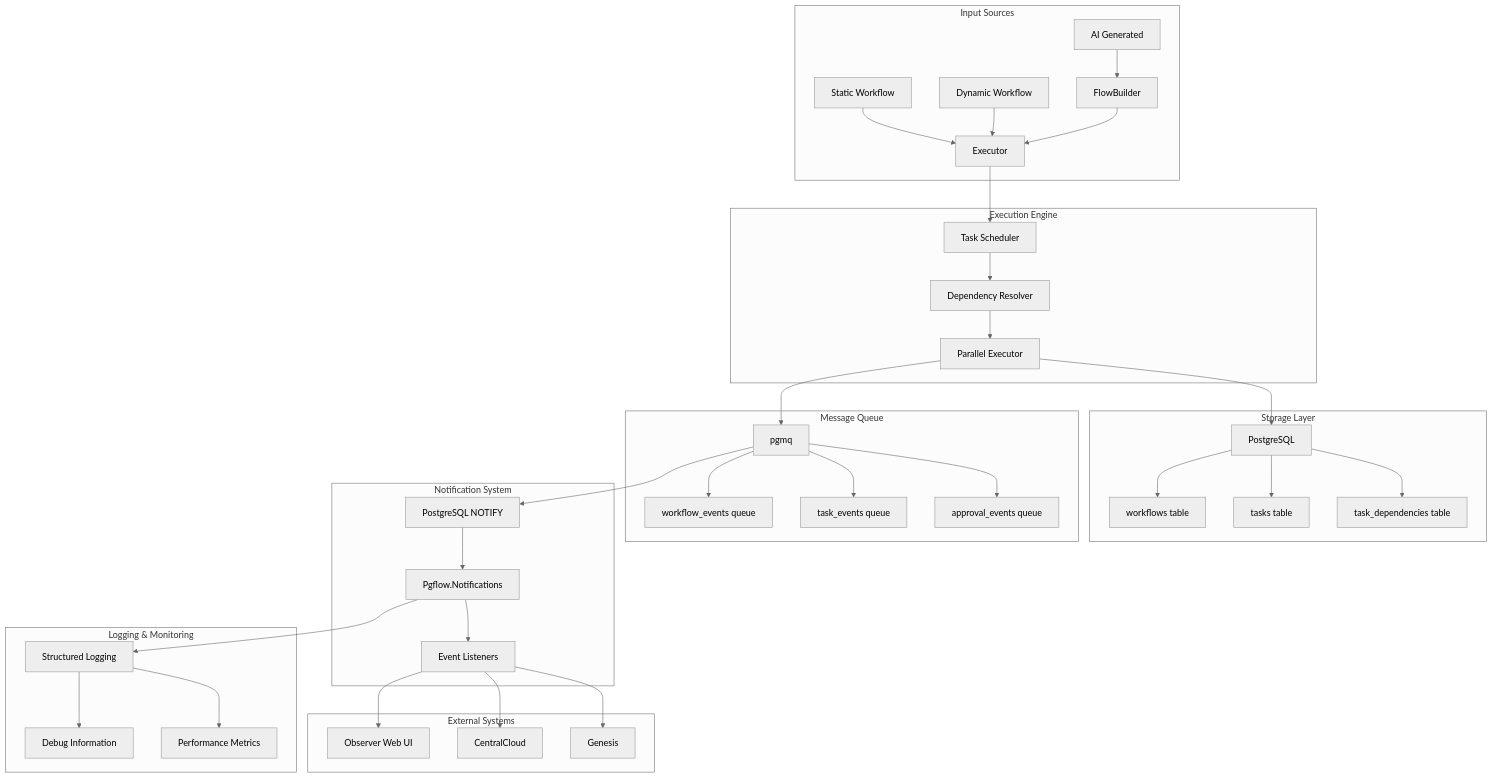
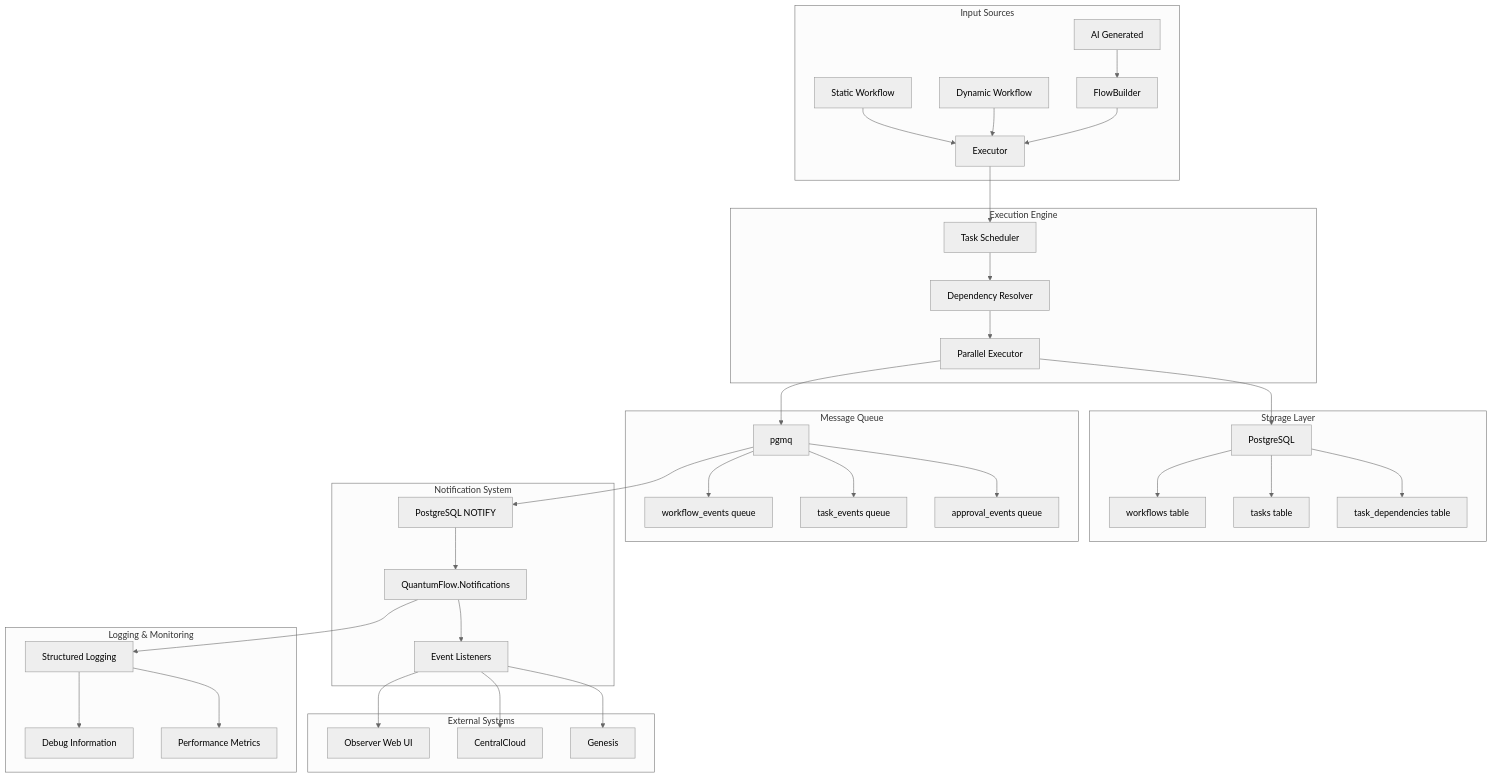
The seventh of 15 diagrams in docs/architecture_diagrams.md (Singularity-ng/singularity-workflows), drawn with Mermaid (neutral theme) before and after one commit. The commit also changed other lines of this file and 410 other files, not shown here.

First line of the commit message:
Rename ex_pgflow package to ex_quantum_flow

````diff
--- a/docs/architecture_diagrams.md
+++ b/docs/architecture_diagrams.md
@@ -161,47 +161,47 @@
 ```mermaid
 flowchart TB
     subgraph "Input Sources"
         A[Static Workflow] --> C[Executor]
         B[Dynamic Workflow] --> C
         D[AI Generated] --> E[FlowBuilder]
         E --> C
     end
     
     subgraph "Execution Engine"
         C --> F[Task Scheduler]
         F --> G[Dependency Resolver]
         G --> H[Parallel Executor]
     end
     
     subgraph "Storage Layer"
         H --> I[PostgreSQL]
         I --> J[workflows table]
         I --> K[tasks table]
         I --> L[task_dependencies table]
     end
     
     subgraph "Message Queue"
         H --> M[pgmq]
         M --> N[workflow_events queue]
         M --> O[task_events queue]
         M --> P[approval_events queue]
     end
     
     subgraph "Notification System"
         M --> Q[PostgreSQL NOTIFY]
-        Q --> R[Pgflow.Notifications]
+        Q --> R[QuantumFlow.Notifications]
         R --> S[Event Listeners]
     end
     
     subgraph "External Systems"
         S --> T[Observer Web UI]
         S --> U[CentralCloud]
         S --> V[Genesis]
     end
     
     subgraph "Logging & Monitoring"
         R --> W[Structured Logging]
         W --> X[Debug Information]
         W --> Y[Performance Metrics]
     end
 ```
````
